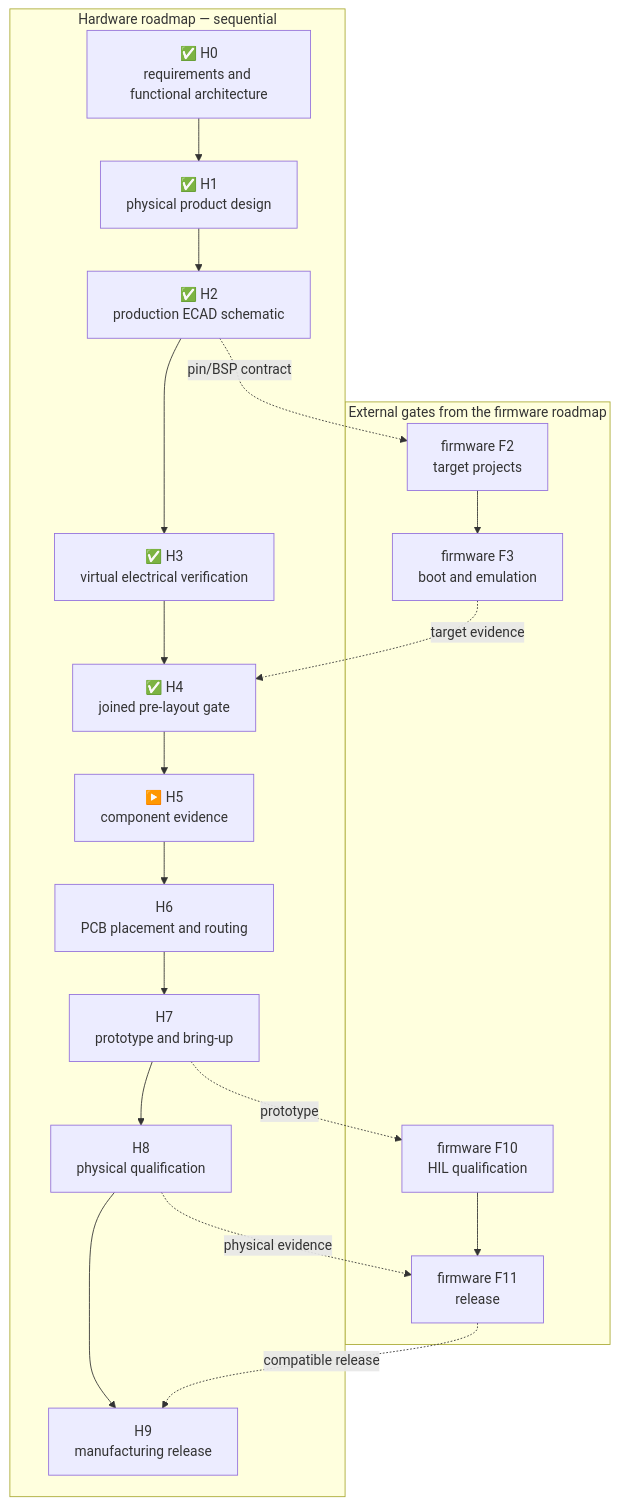
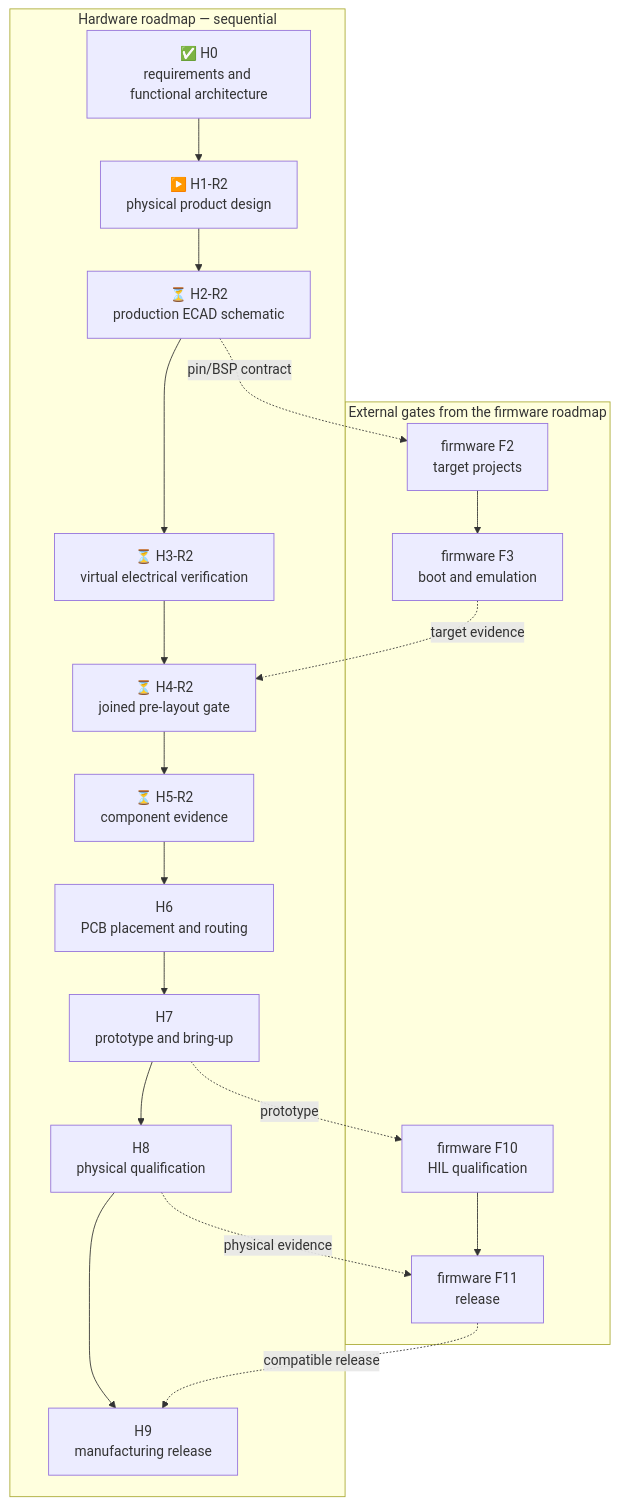
Before and after one commit to anton-vinogradov/esp32-leshy2: the diagram in docs/roadmap.md, drawn with Mermaid. The commit also changed other lines of this file and 17 other files, not shown here.

````diff
--- a/docs/roadmap.md
+++ b/docs/roadmap.md
@@ -315,31 +317,31 @@
 ```mermaid
 flowchart TD
   subgraph HW["Hardware roadmap — sequential"]
     H0["✅ H0<br/>requirements and functional architecture"]
-    H1["✅ H1<br/>physical product design"]
-    H2["✅ H2<br/>production ECAD schematic"]
-    H3["✅ H3<br/>virtual electrical verification"]
-    H4["✅ H4<br/>joined pre-layout gate"]
-    H5["▶️ H5<br/>component evidence"]
+    H1["▶️ H1-R2<br/>physical product design"]
+    H2["⏳ H2-R2<br/>production ECAD schematic"]
+    H3["⏳ H3-R2<br/>virtual electrical verification"]
+    H4["⏳ H4-R2<br/>joined pre-layout gate"]
+    H5["⏳ H5-R2<br/>component evidence"]
     H6["H6<br/>PCB placement and routing"]
     H7["H7<br/>prototype and bring-up"]
     H8["H8<br/>physical qualification"]
     H9["H9<br/>manufacturing release"]
     H0 --> H1 --> H2 --> H3 --> H4 --> H5 --> H6 --> H7 --> H8 --> H9
   end
 
   subgraph FW["External gates from the firmware roadmap"]
     F2["firmware F2<br/>target projects"]
     F3["firmware F3<br/>boot and emulation"]
     F10["firmware F10<br/>HIL qualification"]
     F11["firmware F11<br/>release"]
     F2 --> F3
     F10 --> F11
   end
 
   H2 -. "pin/BSP contract" .-> F2
   F3 -. "target evidence" .-> H4
   H7 -. "prototype" .-> F10
   H8 -. "physical evidence" .-> F11
   F11 -. "compatible release" .-> H9
 ```
````
